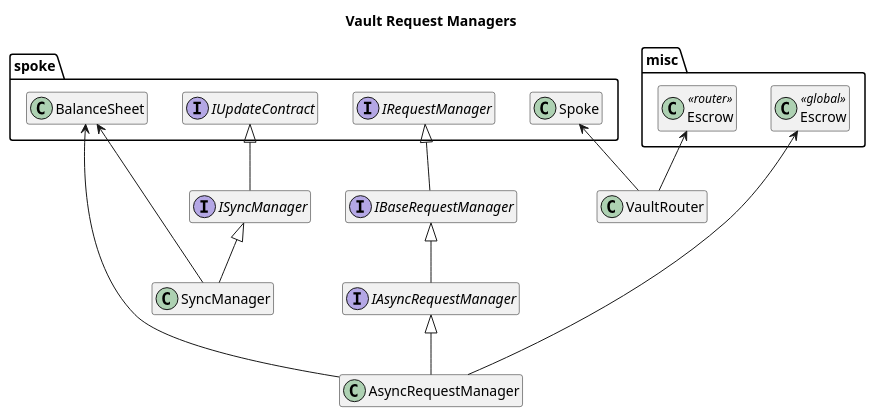
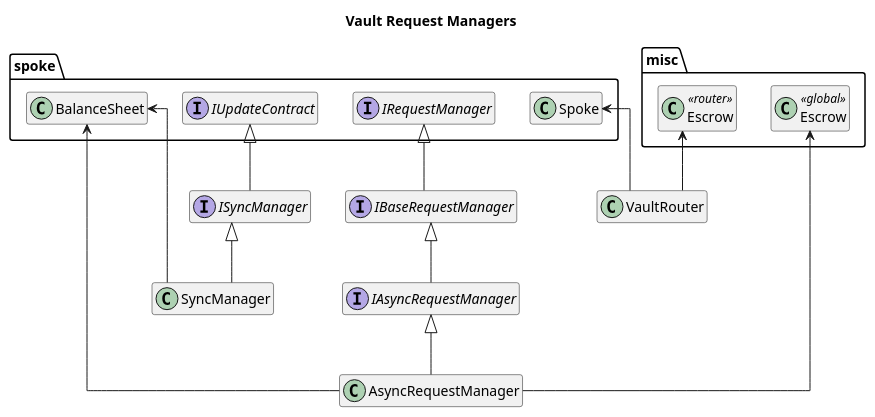
One commit to centrifuge/protocol changed the diagram in docs/architecture/vaults/request-managers.puml. Above: the diagram before and after it, drawn with PlantUML. The commit also changed 2 other files, not shown here.

```diff
--- a/docs/architecture/vaults/request-managers.puml
+++ b/docs/architecture/vaults/request-managers.puml
@@ -1,37 +1,39 @@
 @startuml request-managers
 title Vault Request Managers
 hide empty members
+
+skinparam linetype ortho
 
 package misc {
     class "Escrow" as GlobalEscrow<<global>>
     class "Escrow" as RouterEscrow<<router>>
 }
 
 package spoke {
     class Spoke
     class BalanceSheet
     interface IUpdateContract
     interface IRequestManager
 }
 
 interface IBaseRequestManager
 
 interface IAsyncRequestManager
 interface ISyncManager
 
 IBaseRequestManager -up-|> IRequestManager
 
 IAsyncRequestManager -up-|> IBaseRequestManager
 ISyncManager -up-|> IUpdateContract
 
 AsyncRequestManager -up--> GlobalEscrow
 AsyncRequestManager -up--> BalanceSheet
 AsyncRequestManager -up-|> IAsyncRequestManager
 
 SyncManager -up-|> ISyncManager
 SyncManager -up--> BalanceSheet
 
 VaultRouter -up-> RouterEscrow
 VaultRouter -up-> Spoke
 
 @enduml
```
